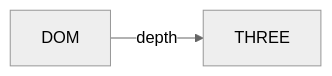
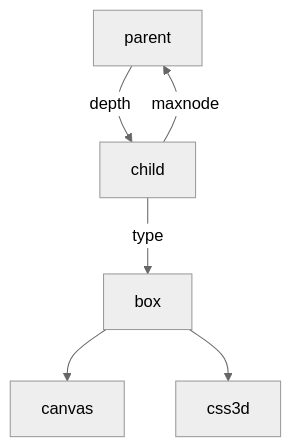
Before and after one commit to KurtPachinger/mpos-precept: the diagram in README.md, drawn with Mermaid (neutral theme).

````diff
--- a/README.md
+++ b/README.md
@@ -5,7 +5,18 @@
 ```mermaid
-flowchart LR;
+flowchart TB;
 
 
-DOM--depth-->THREE
+
+
+
+
+parent--depth-->child
+child--maxnode-->parent
+child--type-->box
+
+
+
+box-->canvas
+box-->css3d
 
 ```
````
